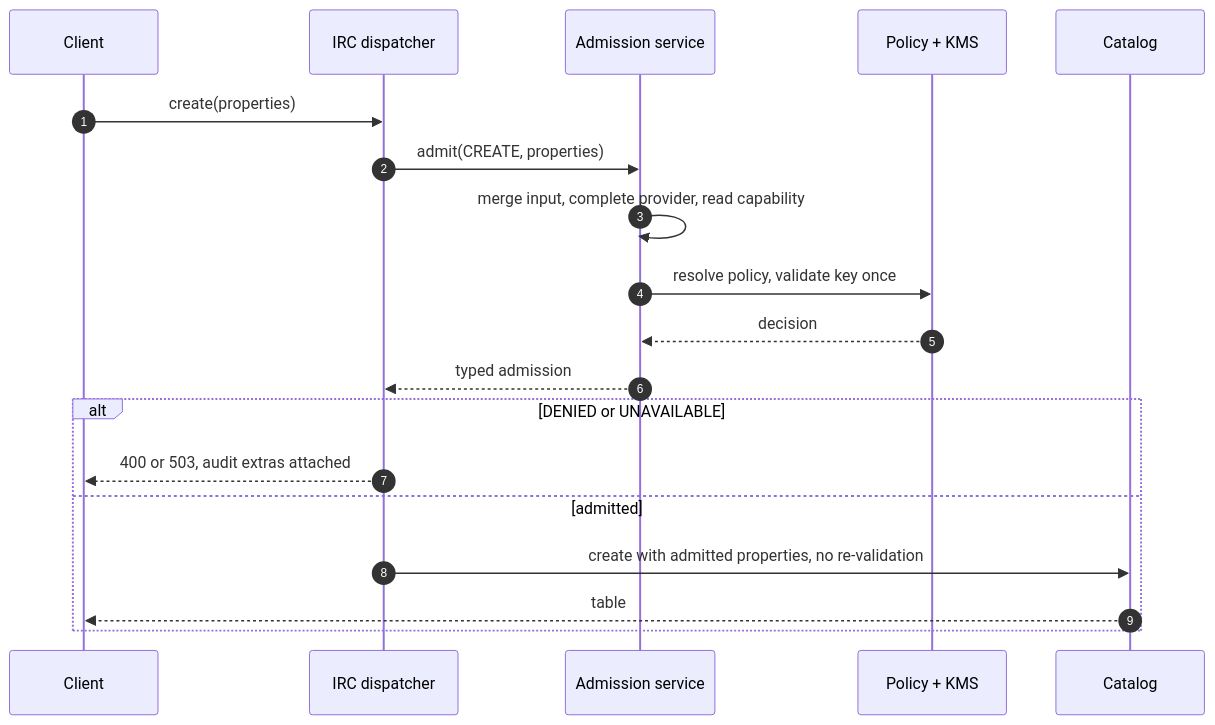
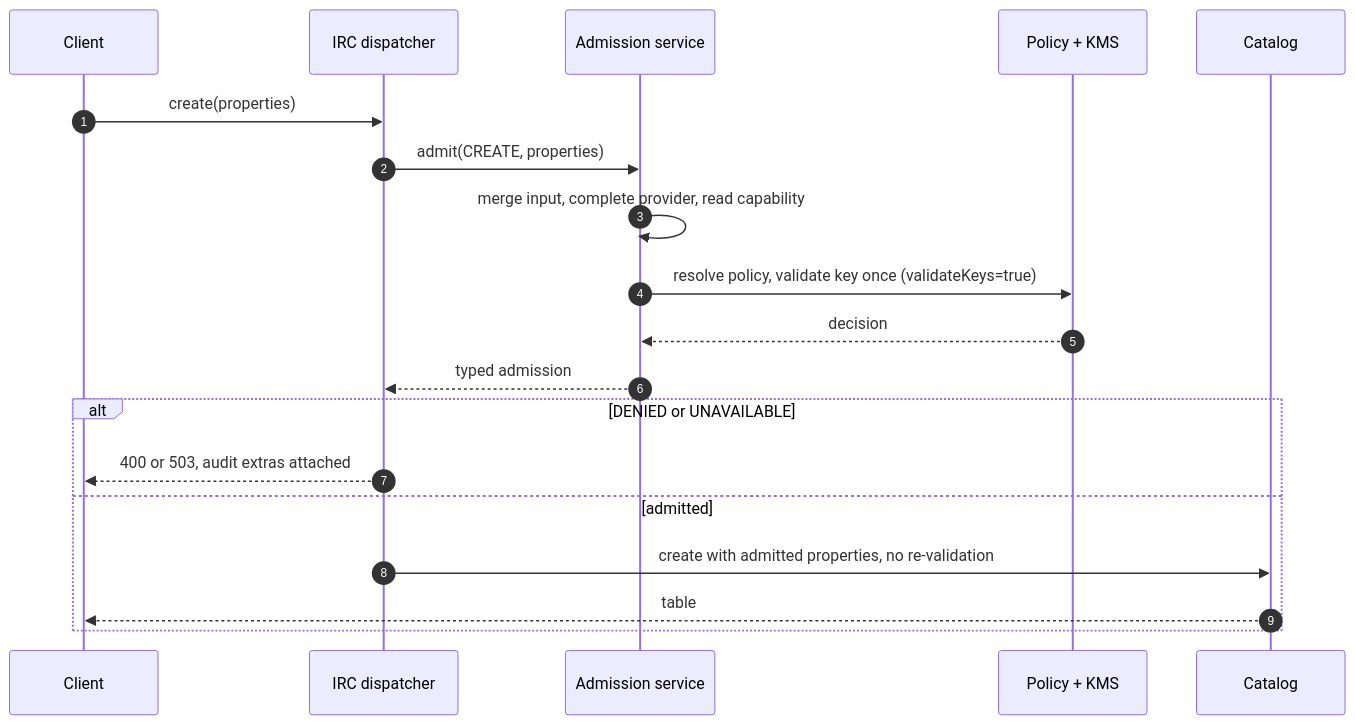
Before and after one commit to danhuawang/gravitino: the third of 5 diagrams in design-docs/iceberg-table-encryption/metadata-integrity/SPIP-one-encryption-admission-path.md, drawn with Mermaid. The commit also changed other lines of this file and 22 other files, not shown here.

````diff
--- a/design-docs/iceberg-table-encryption/metadata-integrity/SPIP-one-encryption-admission-path.md
+++ b/design-docs/iceberg-table-encryption/metadata-integrity/SPIP-one-encryption-admission-path.md
@@ -175,21 +184,21 @@
 ```mermaid
 sequenceDiagram
   autonumber
   participant C as Client
   participant D as IRC dispatcher
   participant A as Admission service
   participant P as Policy + KMS
   participant K as Catalog
   C->>D: create(properties)
   D->>A: admit(CREATE, properties)
   A->>A: merge input, complete provider, read capability
-  A->>P: resolve policy, validate key once
+  A->>P: resolve policy, validate key once (validateKeys=true)
   P-->>A: decision
   A-->>D: typed admission
   alt DENIED or UNAVAILABLE
     D-->>C: 400 or 503, audit extras attached
   else admitted
     D->>K: create with admitted properties, no re-validation
     K-->>C: table
   end
 ```
````
